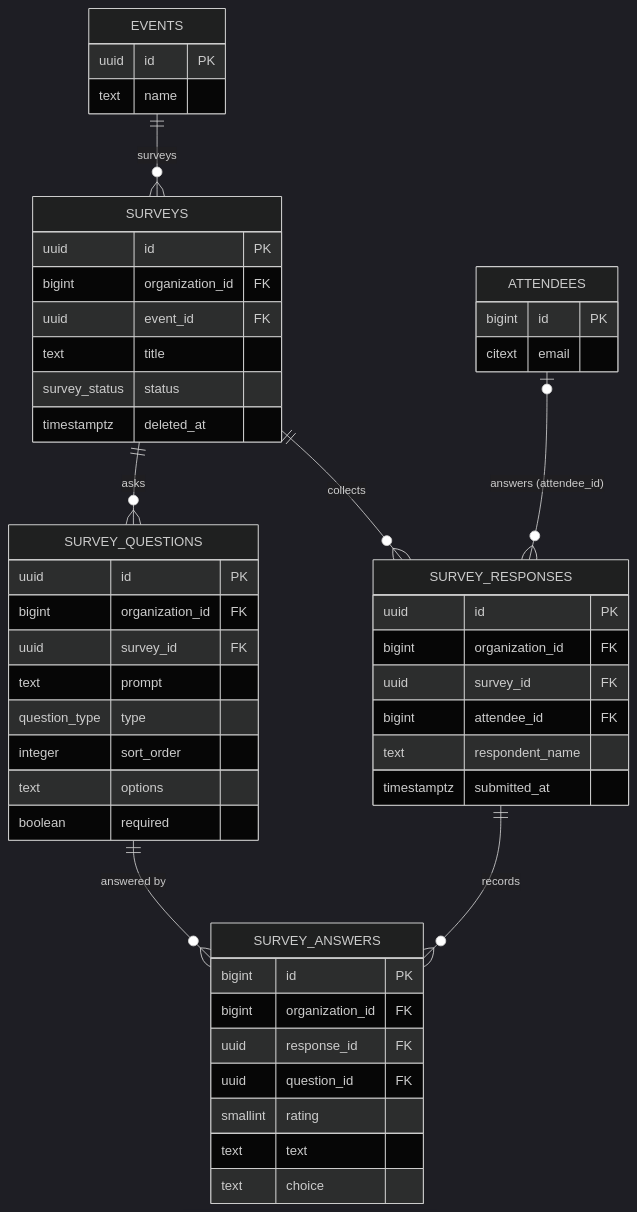
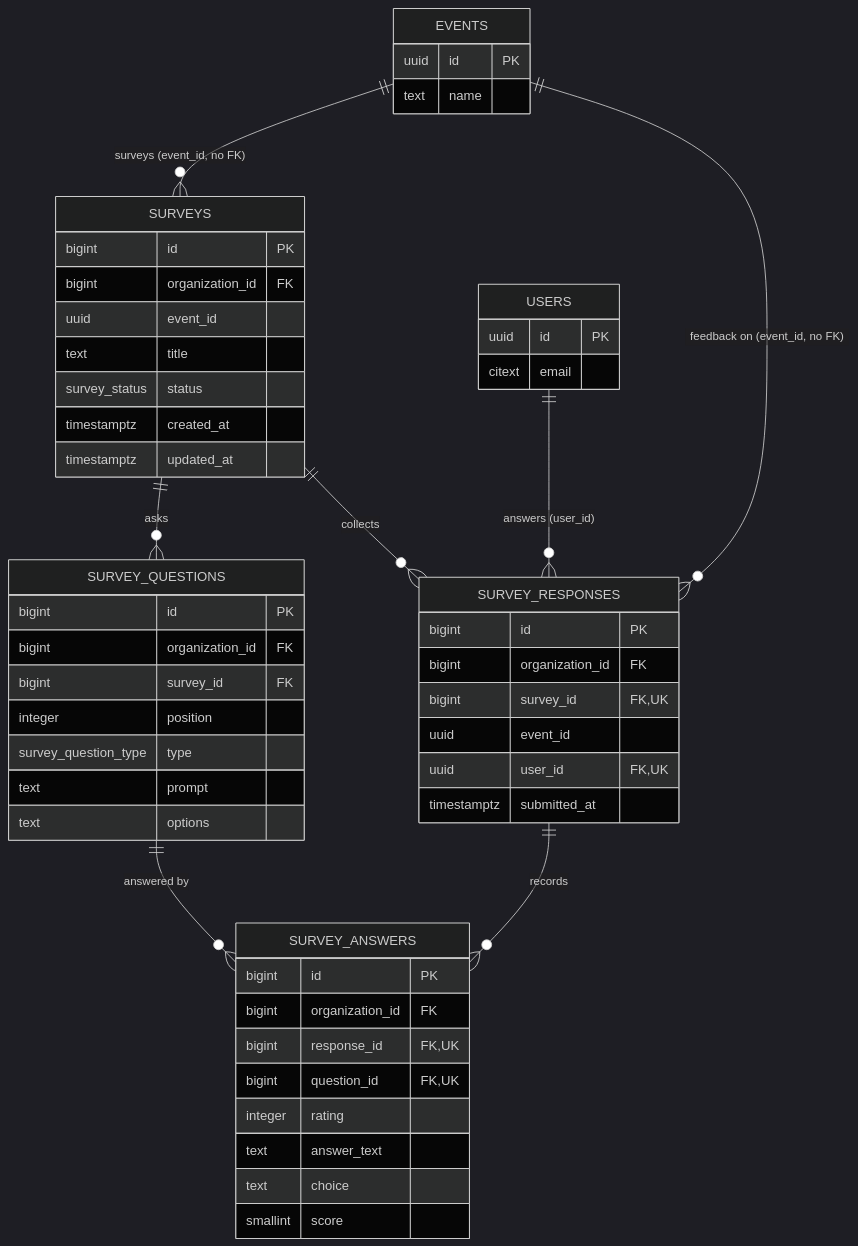
The tenth of 13 diagrams in 04-architecture/erd.md (kaungkhantdev/eventa-docs), drawn with Mermaid (dark theme) before and after one commit. The commit also changed other lines of this file and 9 other files, not shown here.

First line of the commit message:
docs(erd): saved_events is the seventh junction; payment_settings is 1:1

````diff
--- a/04-architecture/erd.md
+++ b/04-architecture/erd.md
@@ -1486,53 +1675,55 @@
 ```mermaid
 erDiagram
     SURVEYS {
-        uuid id PK
+        bigint id PK
         bigint organization_id FK
-        uuid event_id FK
+        uuid event_id
         text title
         survey_status status
-        timestamptz deleted_at
+        timestamptz created_at
+        timestamptz updated_at
     }
     SURVEY_QUESTIONS {
-        uuid id PK
+        bigint id PK
         bigint organization_id FK
-        uuid survey_id FK
+        bigint survey_id FK
+        integer position
+        survey_question_type type
         text prompt
-        question_type type
-        integer sort_order
         text options
-        boolean required
     }
     SURVEY_RESPONSES {
-        uuid id PK
+        bigint id PK
         bigint organization_id FK
-        uuid survey_id FK
-        bigint attendee_id FK
-        text respondent_name
+        bigint survey_id FK,UK
+        uuid event_id
+        uuid user_id FK,UK
         timestamptz submitted_at
     }
     SURVEY_ANSWERS {
         bigint id PK
         bigint organization_id FK
-        uuid response_id FK
-        uuid question_id FK
-        smallint rating
-        text text
+        bigint response_id FK,UK
+        bigint question_id FK,UK
+        integer rating
+        text answer_text
         text choice
+        smallint score
     }
     EVENTS {
         uuid id PK
         text name
     }
-    ATTENDEES {
-        bigint id PK
+    USERS {
+        uuid id PK
         citext email
     }
 
-    EVENTS ||--o{ SURVEYS : "surveys"
+    EVENTS ||--o{ SURVEYS : "surveys (event_id, no FK)"
+    EVENTS ||--o{ SURVEY_RESPONSES : "feedback on (event_id, no FK)"
     SURVEYS ||--o{ SURVEY_QUESTIONS : "asks"
     SURVEYS ||--o{ SURVEY_RESPONSES : "collects"
-    ATTENDEES |o--o{ SURVEY_RESPONSES : "answers (attendee_id)"
+    USERS ||--o{ SURVEY_RESPONSES : "answers (user_id)"
     SURVEY_RESPONSES ||--o{ SURVEY_ANSWERS : "records"
     SURVEY_QUESTIONS ||--o{ SURVEY_ANSWERS : "answered by"
 ```
````
